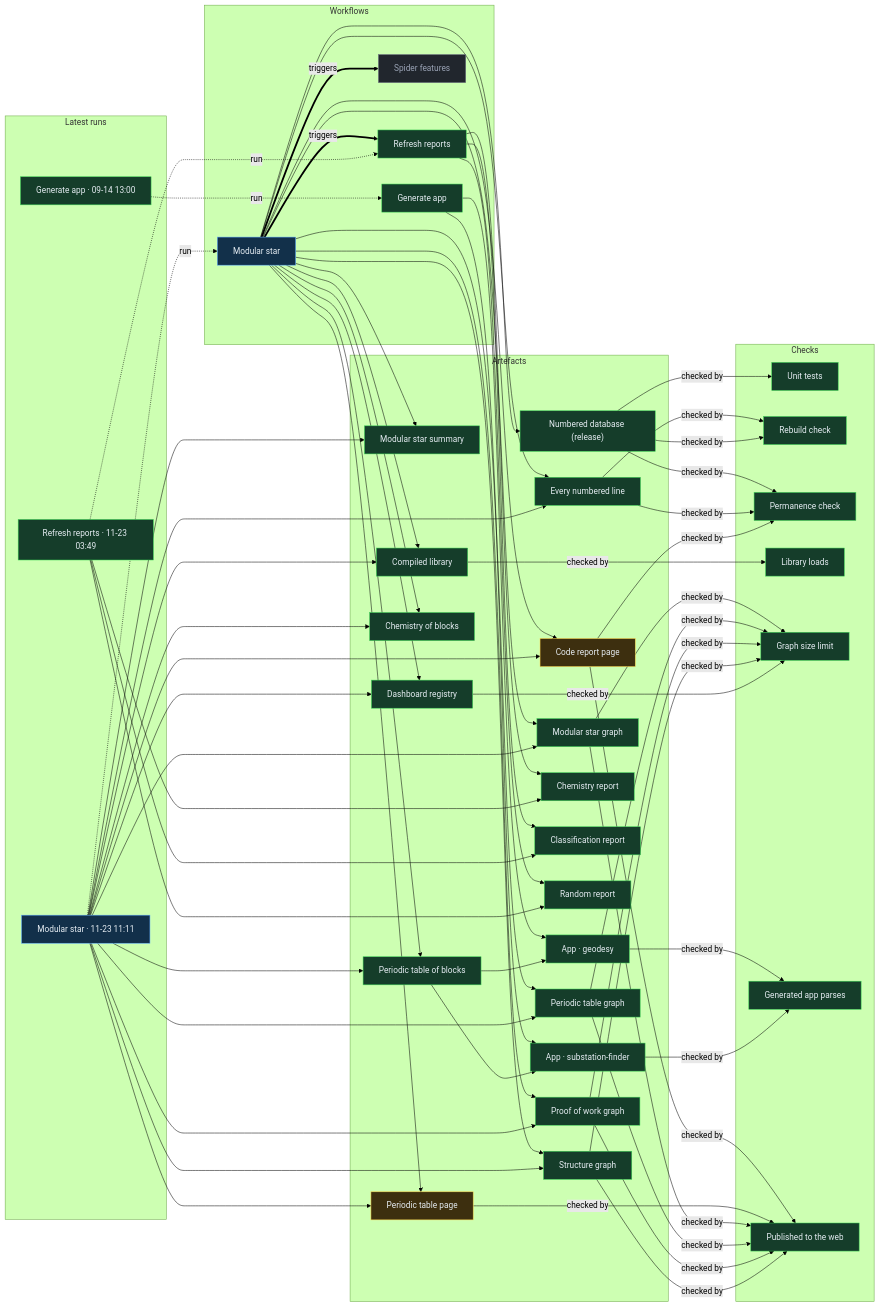
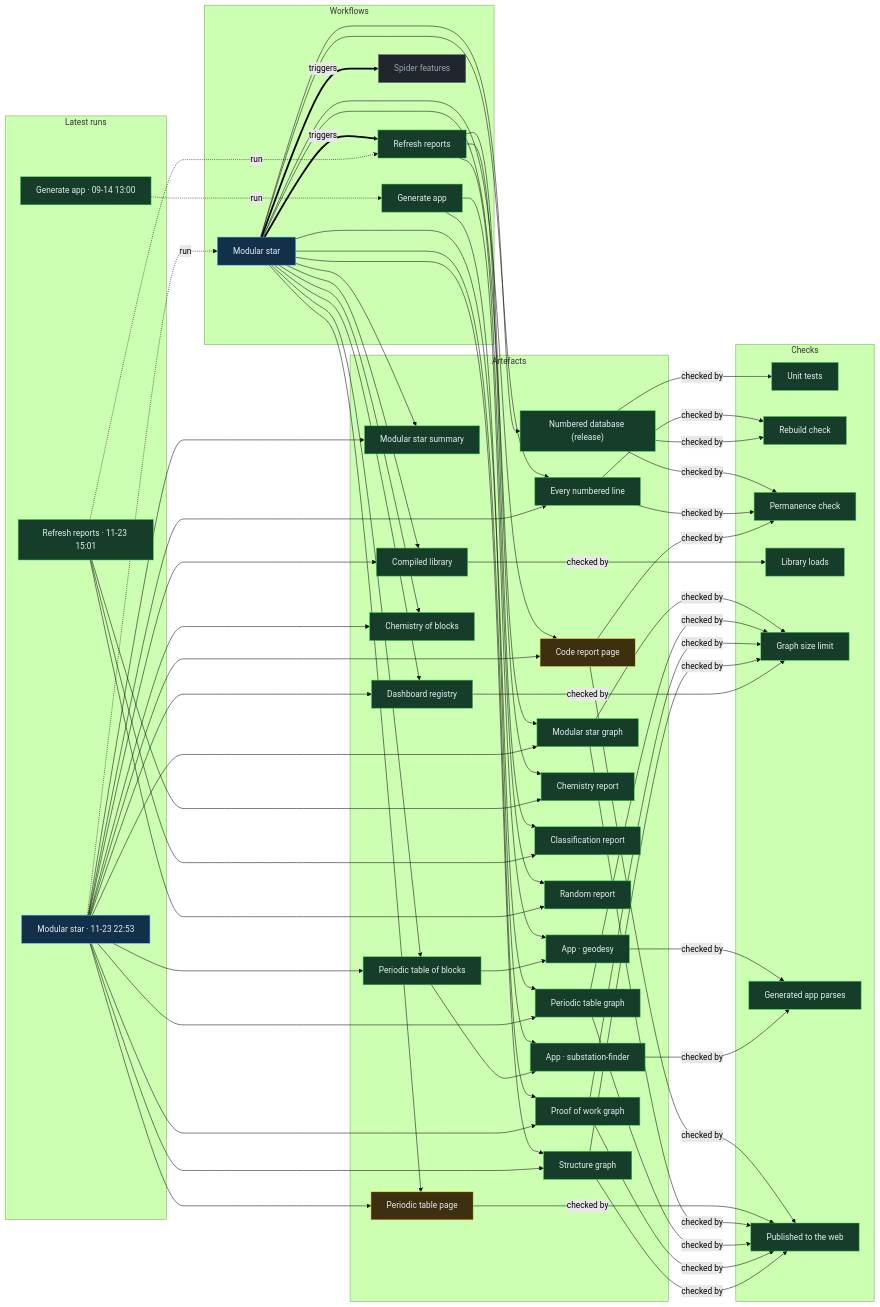
One commit to Ventusltd/stars changed the diagram in proof/PROOF.md. Above: the diagram before and after it, drawn with Mermaid (forest theme). The commit also changed other lines of this file and 175 other files, not shown here.

Commit message:
Modular star 2026-11-23T22:56Z

```diff
--- a/proof/PROOF.md
+++ b/proof/PROOF.md
@@ -24,8 +24,8 @@
   n_wf_spider_features["Spider features"]:::off
   end
   subgraph g_runs["Latest runs"]
-  n_run_45162967263["Modular star · 11-23 11:11"]:::live
-  n_run_45108244544["Refresh reports · 11-23 03:49"]:::ok
+  n_run_45283924493["Modular star · 11-23 22:53"]:::live
+  n_run_45200555552["Refresh reports · 11-23 15:01"]:::ok
   n_run_34846587798["Generate app · 09-14 13:00"]:::ok
   end
   subgraph g_artefacts["Artefacts"]
@@ -59,39 +59,39 @@
   end
   n_wf_modular_star == triggers ==> n_wf_refresh
   n_wf_modular_star == triggers ==> n_wf_spider_features
-  n_run_45162967263 -. run .-> n_wf_modular_star
-  n_run_45108244544 -. run .-> n_wf_refresh
+  n_run_45283924493 -. run .-> n_wf_modular_star
+  n_run_45200555552 -. run .-> n_wf_refresh
   n_run_34846587798 -. run .-> n_wf_generate
   n_wf_modular_star --> n_art_summary
-  n_run_45162967263 --> n_art_summary
+  n_run_45283924493 --> n_art_summary
   n_wf_modular_star --> n_art_lines
-  n_run_45162967263 --> n_art_lines
+  n_run_45283924493 --> n_art_lines
   n_wf_modular_star --> n_art_code
-  n_run_45162967263 --> n_art_code
+  n_run_45283924493 --> n_art_code
   n_wf_modular_star --> n_art_modular_graph
-  n_run_45162967263 --> n_art_modular_graph
+  n_run_45283924493 --> n_art_modular_graph
   n_wf_modular_star --> n_art_blocks
-  n_run_45162967263 --> n_art_blocks
+  n_run_45283924493 --> n_art_blocks
   n_wf_modular_star --> n_art_table
-  n_run_45162967263 --> n_art_table
+  n_run_45283924493 --> n_art_table
   n_wf_modular_star --> n_art_blocks_graph
-  n_run_45162967263 --> n_art_blocks_graph
+  n_run_45283924493 --> n_art_blocks_graph
   n_wf_modular_star --> n_art_reactions
-  n_run_45162967263 --> n_art_reactions
+  n_run_45283924493 --> n_art_reactions
   n_wf_modular_star --> n_art_library
-  n_run_45162967263 --> n_art_library
+  n_run_45283924493 --> n_art_library
   n_wf_modular_star --> n_art_features
-  n_run_45162967263 --> n_art_features
+  n_run_45283924493 --> n_art_features
   n_wf_modular_star --> n_art_proof
-  n_run_45162967263 --> n_art_proof
+  n_run_45283924493 --> n_art_proof
   n_wf_modular_star --> n_art_structure
-  n_run_45162967263 --> n_art_structure
+  n_run_45283924493 --> n_art_structure
   n_wf_refresh --> n_art_chemistry
-  n_run_45108244544 --> n_art_chemistry
+  n_run_45200555552 --> n_art_chemistry
   n_wf_refresh --> n_art_vedic
-  n_run_45108244544 --> n_art_vedic
+  n_run_45200555552 --> n_art_vedic
   n_wf_refresh --> n_art_random
-  n_run_45108244544 --> n_art_random
+  n_run_45200555552 --> n_art_random
   n_wf_modular_star --> n_art_release
   n_wf_generate --> n_app_geodesy
   n_art_blocks --> n_app_geodesy
```
